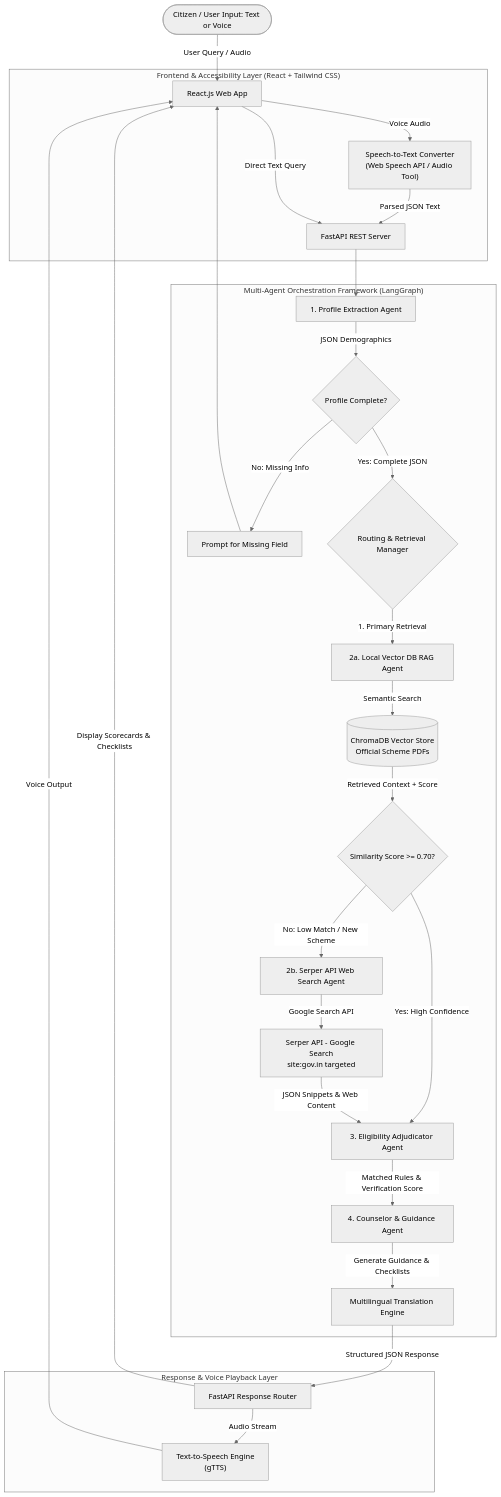
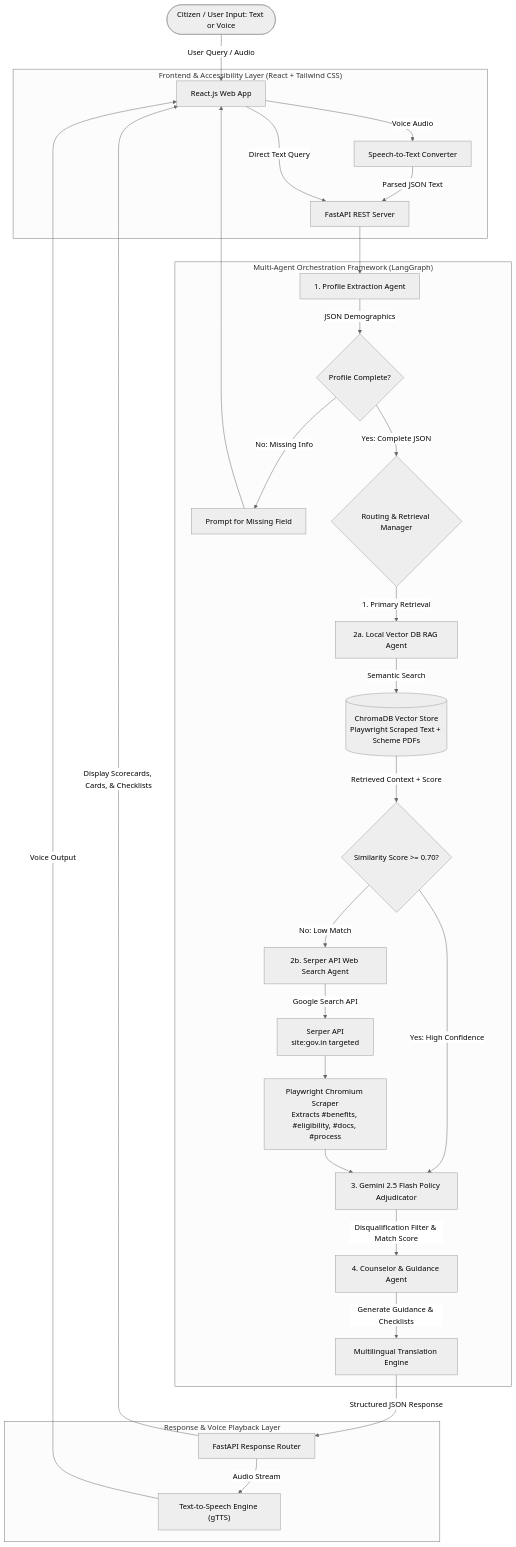
The diagram in README.md (vgarg05/Government-Scheme-Discovery-Eligibility-Assistant), drawn with Mermaid (neutral theme) before and after one commit. The commit also changed other lines of this file and 110 other files, not shown here.

Commit message:
docs: updated README and proposal to match Python AgentState Pipeline architecture

````diff
--- a/README.md
+++ b/README.md
@@ -38,40 +41,42 @@
 ```mermaid
 graph TD
     User([Citizen / User Input: Text or Voice]) -->|User Query / Audio| UI[React.js Web App]
 
     subgraph InputLayer ["Frontend & Accessibility Layer (React + Tailwind CSS)"]
-        UI -->|Voice Audio| AudioParser["Speech-to-Text Converter<br/>(Web Speech API / Audio Tool)"]
+        UI -->|Voice Audio| AudioParser["Speech-to-Text Converter"]
         AudioParser -->|Parsed JSON Text| Backend[FastAPI REST Server]
         UI -->|Direct Text Query| Backend
     end
 
     subgraph Orchestration ["Multi-Agent Orchestration Framework (LangGraph)"]
         Backend --> ProfileAgent[1. Profile Extraction Agent]
         ProfileAgent -->|JSON Demographics| ClarifyCheck{Profile Complete?}
         ClarifyCheck -->|No: Missing Info| ClarifyUser[Prompt for Missing Field]
         ClarifyUser --> UI
 
         ClarifyCheck -->|Yes: Complete JSON| RouterAgent{Routing & Retrieval Manager}
 
         RouterAgent -->|1. Primary Retrieval| RAGAgent[2a. Local Vector DB RAG Agent]
-        RAGAgent -->|Semantic Search| VectorDB[("ChromaDB Vector Store<br/>Official Scheme PDFs")]
+        RAGAgent -->|Semantic Search| VectorDB[("ChromaDB Vector Store<br/>Playwright Scraped Text + Scheme PDFs")]
 
         VectorDB -->|Retrieved Context + Score| ConfidenceCheck{Similarity Score >= 0.70?}
 
-        ConfidenceCheck -->|Yes: High Confidence| AdjudicatorAgent[3. Eligibility Adjudicator Agent]
-        ConfidenceCheck -->|No: Low Match / New Scheme| WebAgent[2b. Serper API Web Search Agent]
+        ConfidenceCheck -->|Yes: High Confidence| AdjudicatorAgent[3. Gemini 2.5 Flash Policy Adjudicator]
+        ConfidenceCheck -->|No: Low Match| WebAgent[2b. Serper API Web Search Agent]
 
-        WebAgent -->|Google Search API| SerperAPI["Serper API - Google Search<br/>site:gov.in targeted"]
-        SerperAPI -->|JSON Snippets & Web Content| AdjudicatorAgent
+        WebAgent -->|Google Search API| SerperAPI["Serper API<br/>site:gov.in targeted"]
+        SerperAPI --> PlaywrightScraper["Playwright Chromium Scraper<br/>Extracts #benefits, #eligibility, #docs, #process"]
 
-        AdjudicatorAgent -->|Matched Rules & Verification Score| CounselorAgent[4. Counselor & Guidance Agent]
+        PlaywrightScraper --> AdjudicatorAgent
+
+        AdjudicatorAgent -->|Disqualification Filter & Match Score| CounselorAgent[4. Counselor & Guidance Agent]
         CounselorAgent -->|Generate Guidance & Checklists| Translator[Multilingual Translation Engine]
     end
 
     subgraph OutputLayer ["Response & Voice Playback Layer"]
         Translator -->|Structured JSON Response| BackendResponse[FastAPI Response Router]
-        BackendResponse -->|Display Scorecards & Checklists| UI
-        BackendResponse -->|Audio Stream| TTS["Text-to-Speech Engine<br/>(gTTS)"]
+        BackendResponse -->|Display Scorecards, Cards, & Checklists| UI
+        BackendResponse -->|Audio Stream| TTS["Text-to-Speech Engine (gTTS)"]
         TTS -->|Voice Output| UI
     end
 ```
````
